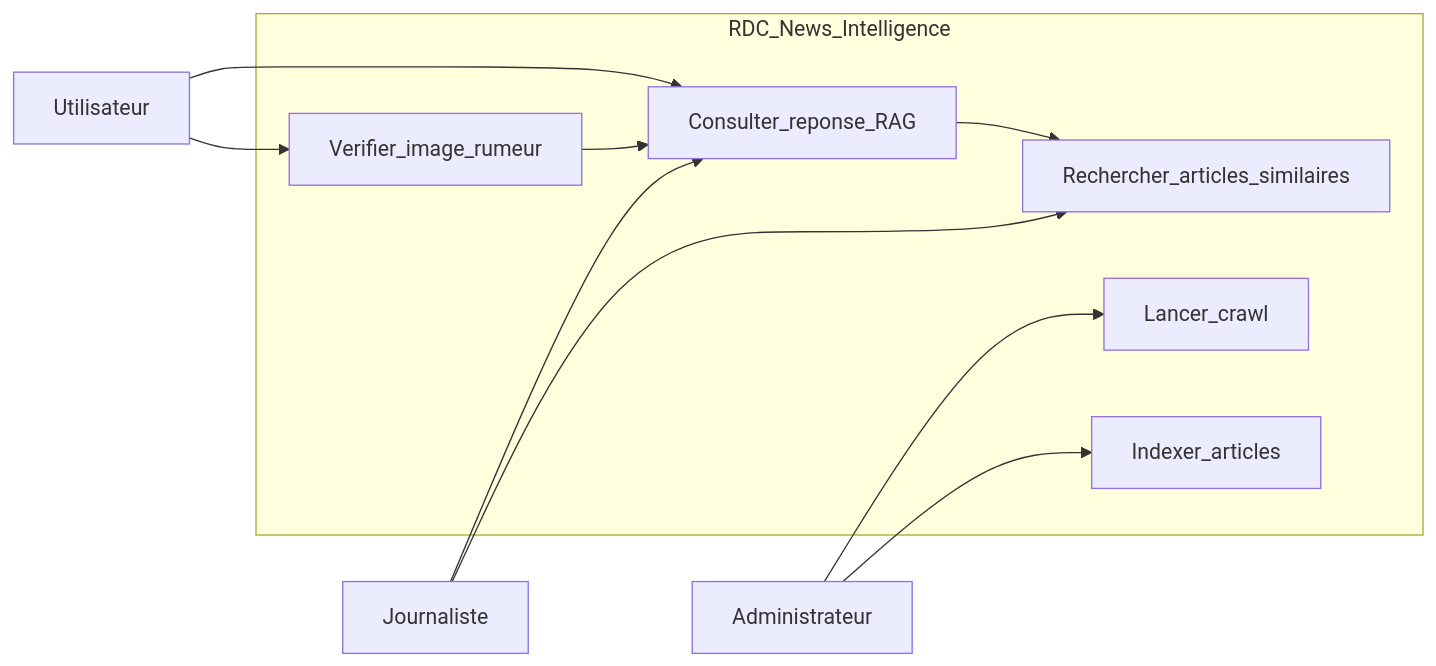
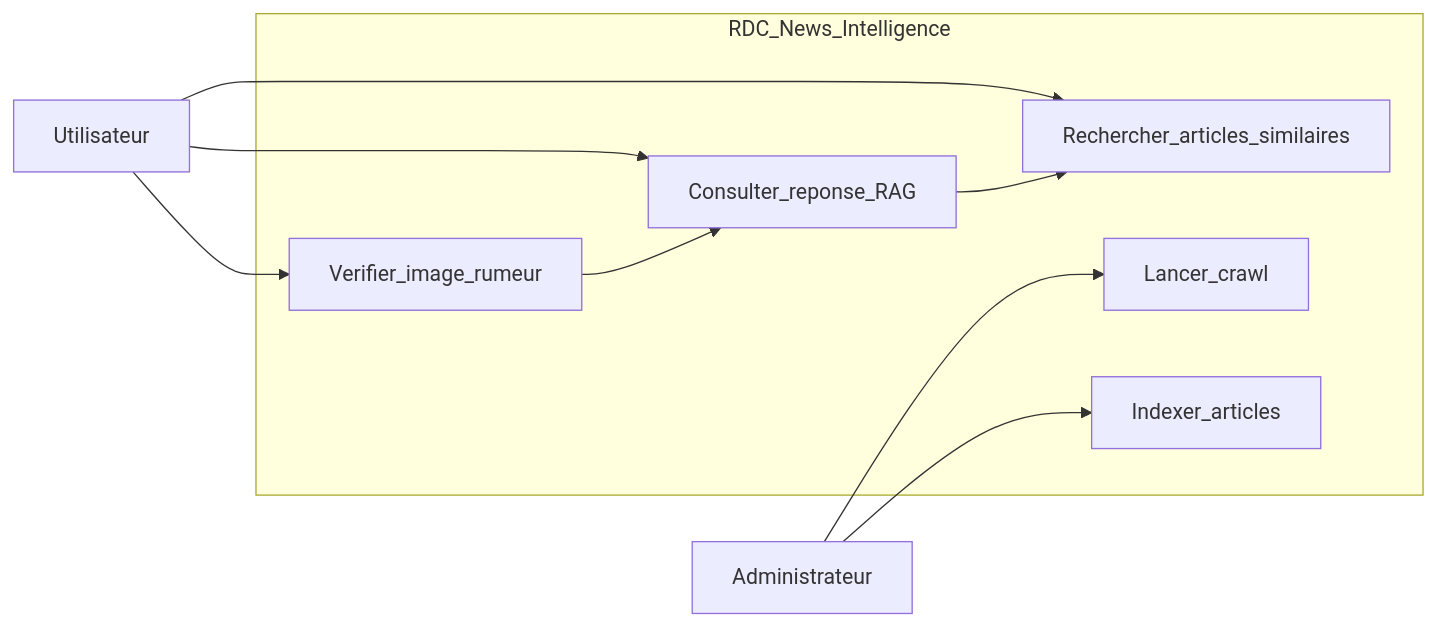
Before and after one commit to rooneyi/rdc-news-intelligence: the diagram in ai-service/docs/diagrams/01-use-cases.mmd, drawn with Mermaid. The commit also changed 2 other files, not shown here.

Commit message:
docs: add architecture diagram for RAG service workflow

```diff
--- a/ai-service/docs/diagrams/01-use-cases.mmd
+++ b/ai-service/docs/diagrams/01-use-cases.mmd
@@ -1,21 +1,19 @@
 flowchart LR
     U[Utilisateur]
-    J[Journaliste]
     A[Administrateur]
 
     subgraph S[RDC_News_Intelligence]
         UC1[Consulter_reponse_RAG]
         UC2[Verifier_image_rumeur]
         UC3[Rechercher_articles_similaires]
         UC4[Lancer_crawl]
         UC5[Indexer_articles]
     end
 
     U --> UC1
     U --> UC2
-    J --> UC1
-    J --> UC3
+    U --> UC3
     A --> UC4
     A --> UC5
     UC1 --> UC3
     UC2 --> UC1
```
